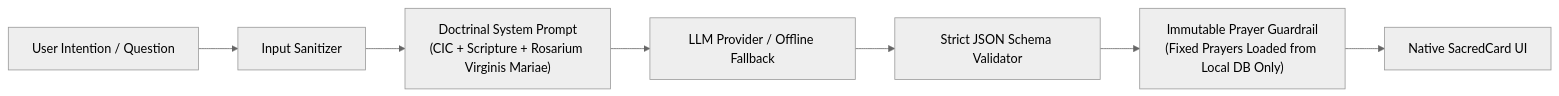
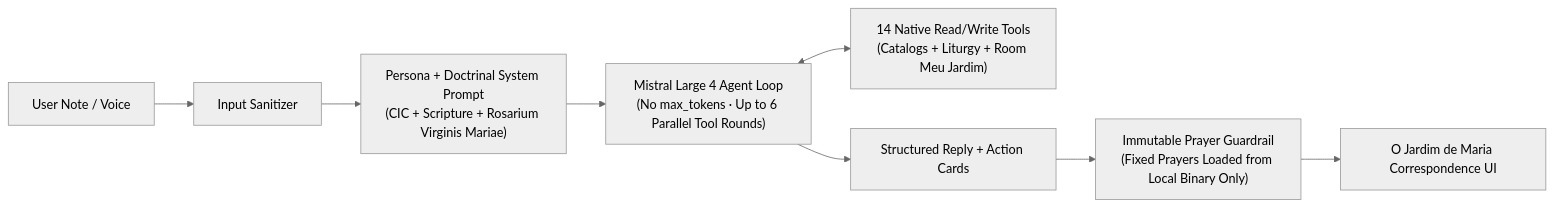
One commit to mariajunqueiramirandas-cpu/Sertum-Rosarum changed the diagram in docs/lumen-ai.md. Above: the diagram before and after it, drawn with Mermaid (neutral theme). The commit also changed other lines of this file and 38 other files, not shown here.

Commit message:
Add Lumen conversational Catechist agent with Mistral Large 4 and 14 native tools

````diff
--- a/docs/lumen-ai.md
+++ b/docs/lumen-ai.md
@@ -52,9 +57,10 @@
 ```mermaid
 flowchart LR
-    Input["User Intention / Question"] --> Sanitizer["Input Sanitizer"]
-    Sanitizer --> Prompt["Doctrinal System Prompt\n(CIC + Scripture + Rosarium Virginis Mariae)"]
-    Prompt --> LLM["LLM Provider / Offline Fallback"]
-    LLM --> Parser["Strict JSON Schema Validator"]
-    Parser --> Guard["Immutable Prayer Guardrail\n(Fixed Prayers Loaded from Local DB Only)"]
-    Guard --> UI["Native SacredCard UI"]
+    Input["User Note / Voice"] --> Sanitizer["Input Sanitizer"]
+    Sanitizer --> Prompt["Persona + Doctrinal System Prompt\n(CIC + Scripture + Rosarium Virginis Mariae)"]
+    Prompt --> Loop["Mistral Large 4 Agent Loop\n(No max_tokens · Up to 6 Parallel Tool Rounds)"]
+    Loop <--> Tools["14 Native Read/Write Tools\n(Catalogs + Liturgy + Room Meu Jardim)"]
+    Loop --> Parser["Structured Reply + Action Cards"]
+    Parser --> Guard["Immutable Prayer Guardrail\n(Fixed Prayers Loaded from Local Binary Only)"]
+    Guard --> UI["O Jardim de Maria Correspondence UI"]
 ```
````
